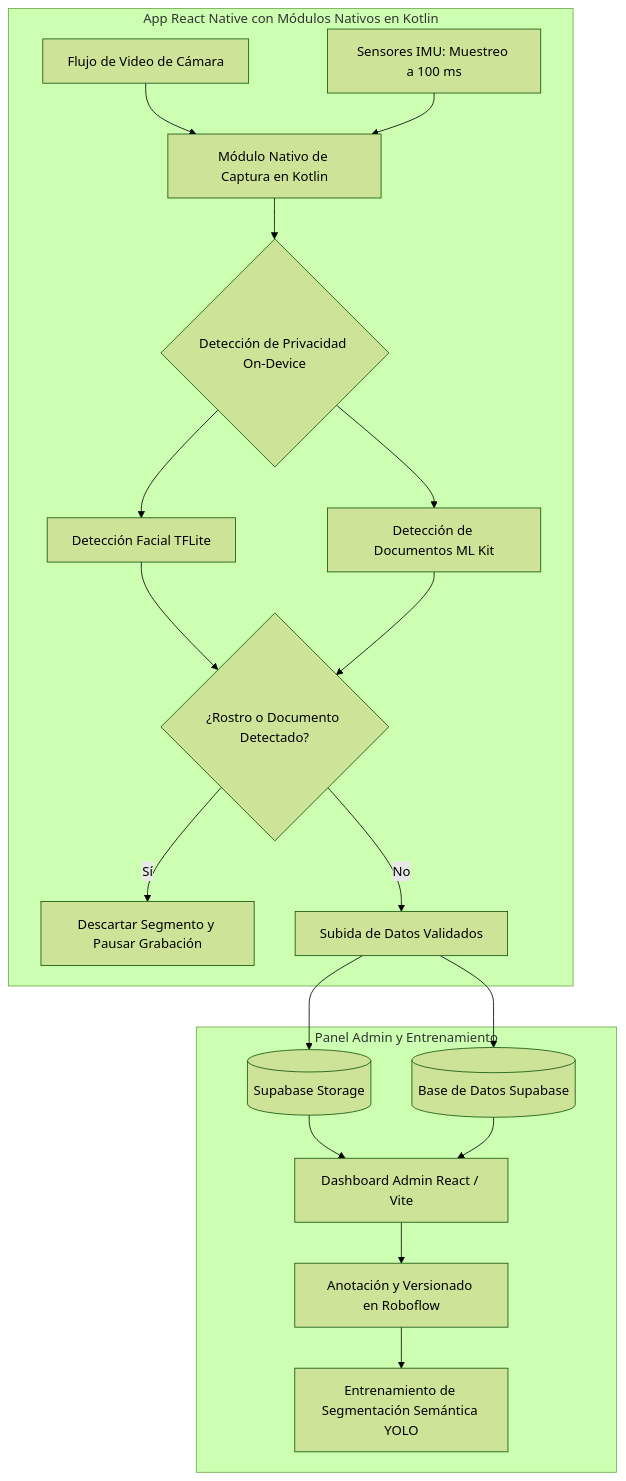
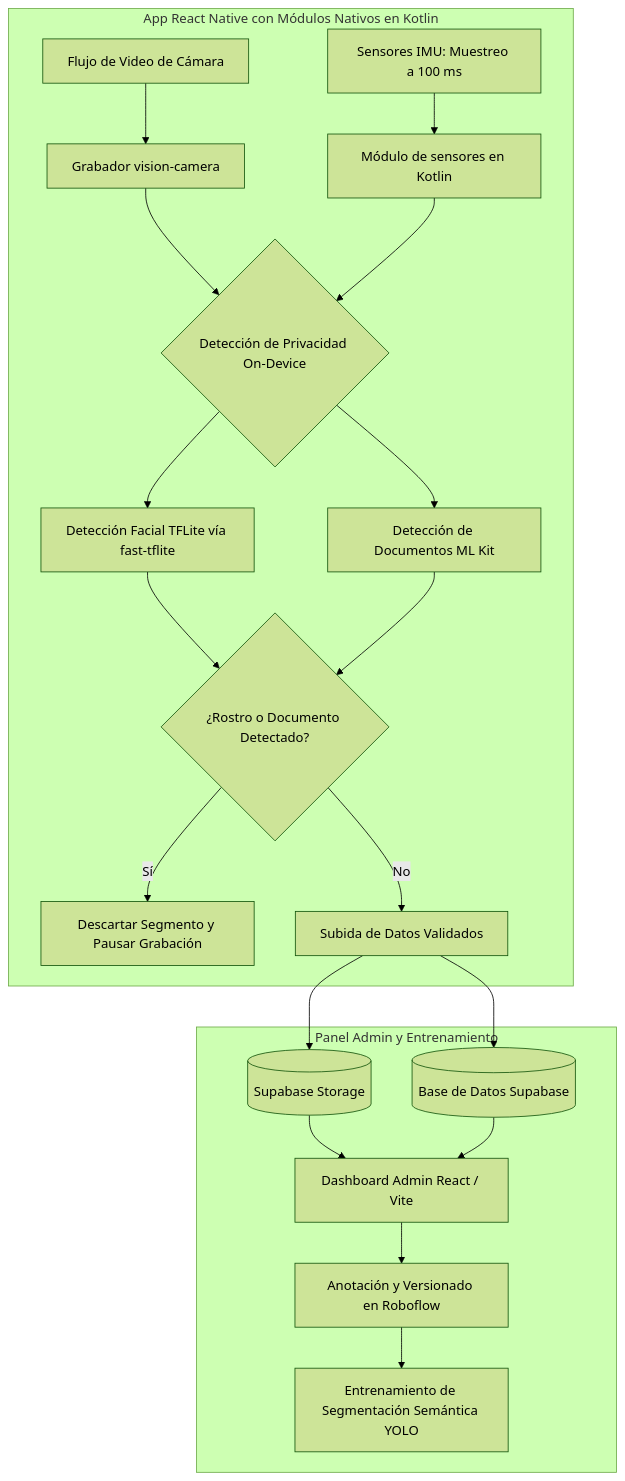
The diagram in case-studies/qvision.es.md (qproyect/qproject-showcase), drawn with Mermaid (forest theme) before and after one commit. The commit also changed other lines of this file and 3 other files, not shown here.

````diff
--- a/case-studies/qvision.es.md
+++ b/case-studies/qvision.es.md
@@ -23,27 +23,28 @@
 ```mermaid
 graph TD
     subgraph Mobile Edge Capture [App React Native con Módulos Nativos en Kotlin]
-        Camera[Flujo de Video de Cámara] --> KotlinModule[Módulo Nativo de Captura en Kotlin]
-        IMU[Sensores IMU: Muestreo a 100 ms] --> KotlinModule
+        Camera[Flujo de Video de Cámara] --> VisionCamera[Grabador vision-camera]
+        IMU[Sensores IMU: Muestreo a 100 ms] --> KotlinSensor[Módulo de sensores en Kotlin]
 
-        KotlinModule --> PrivacyGating{Detección de Privacidad On-Device}
-        PrivacyGating --> TFLite[Detección Facial TFLite]
+        VisionCamera --> PrivacyGating{Detección de Privacidad On-Device}
+        KotlinSensor --> PrivacyGating
+        PrivacyGating --> TFLite[Detección Facial TFLite vía fast-tflite]
         PrivacyGating --> MLKit[Detección de Documentos ML Kit]
 
         TFLite --> TripwireDecision{¿Rostro o Documento Detectado?}
         MLKit --> TripwireDecision
 
         TripwireDecision -->|Sí| DiscardPause[Descartar Segmento y Pausar Grabación]
         TripwireDecision -->|No| UploadStream[Subida de Datos Validados]
     end
 
     UploadStream --> SupabaseStorage[(Supabase Storage)]
     UploadStream --> SupabaseDB[(Base de Datos Supabase)]
 
     subgraph Dataset Validation & Training [Panel Admin y Entrenamiento]
         SupabaseStorage --> AdminDashboard[Dashboard Admin React / Vite]
         SupabaseDB --> AdminDashboard
         AdminDashboard --> Roboflow[Anotación y Versionado en Roboflow]
         Roboflow --> YOLOTraining[Entrenamiento de Segmentación Semántica YOLO]
     end
 ```
````
